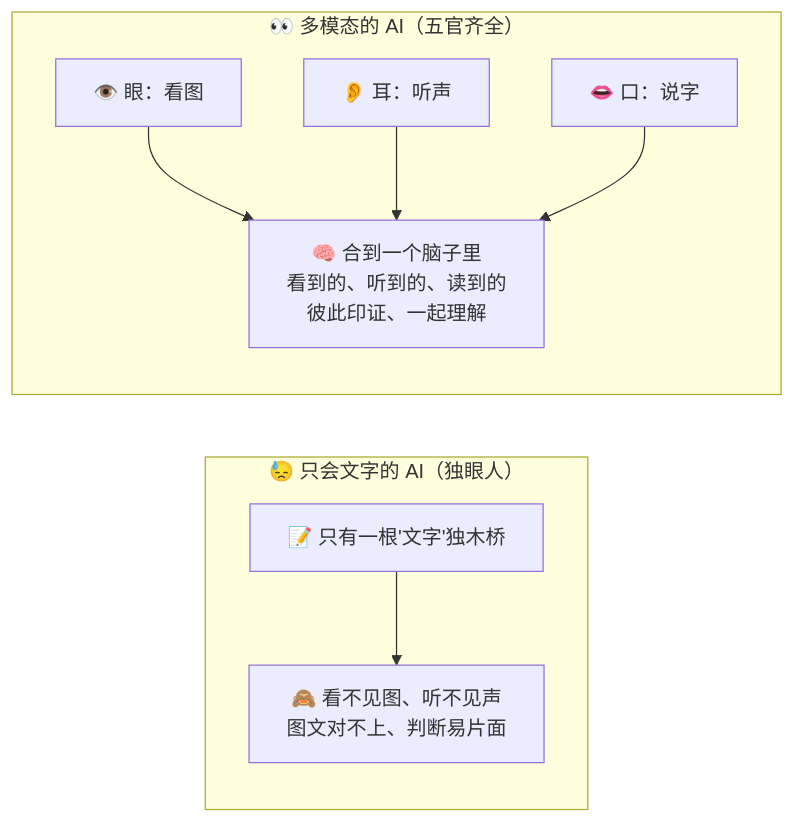
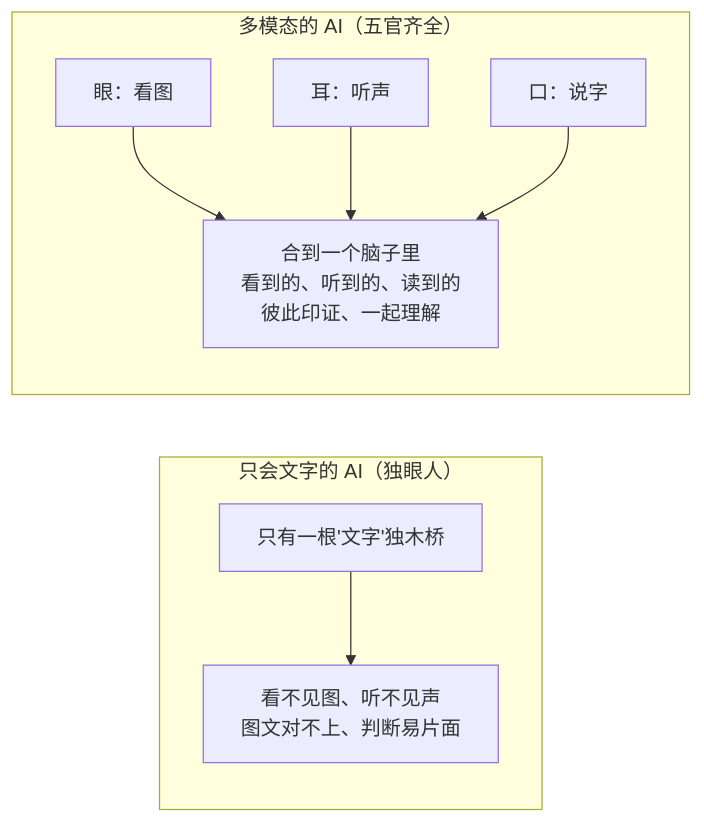
Before and after one commit to luckykhy/KhyAiHub: the first of 6 diagrams in docs/02_CONCEPTS_概念入门/CONCEPT/[CONCEPT-27] 什么是多模态-Multimodal.md, drawn with Mermaid. The commit also changed other lines of this file and 19 other files, not shown here.

````diff
--- a/docs/02_CONCEPTS_概念入门/CONCEPT/[CONCEPT-27] 什么是多模态-Multimodal.md
+++ b/docs/02_CONCEPTS_概念入门/CONCEPT/[CONCEPT-27] 什么是多模态-Multimodal.md
@@ -41,14 +41,14 @@
 ```mermaid
 flowchart LR
-  subgraph 独眼["😓 只会文字的 AI（独眼人）"]
-    ONE["📝 只有一根'文字'独木桥"] --> BLIND["🙈 看不见图、听不见声<br/>图文对不上、判断易片面"]
+  subgraph 独眼["只会文字的 AI（独眼人）"]
+    ONE["只有一根'文字'独木桥"] --> BLIND["看不见图、听不见声<br/>图文对不上、判断易片面"]
   end
-  subgraph 多模["👀 多模态的 AI（五官齐全）"]
-    EYE["👁️ 眼：看图"]
-    EAR["👂 耳：听声"]
-    MOUTH["👄 口：说字"]
-    EYE --> FULL["🧠 合到一个脑子里<br/>看到的、听到的、读到的<br/>彼此印证、一起理解"]
+  subgraph 多模["多模态的 AI（五官齐全）"]
+    EYE["眼：看图"]
+    EAR["耳：听声"]
+    MOUTH["口：说字"]
+    EYE --> FULL["合到一个脑子里<br/>看到的、听到的、读到的<br/>彼此印证、一起理解"]
     EAR --> FULL
     MOUTH --> FULL
   end
 ```
````
